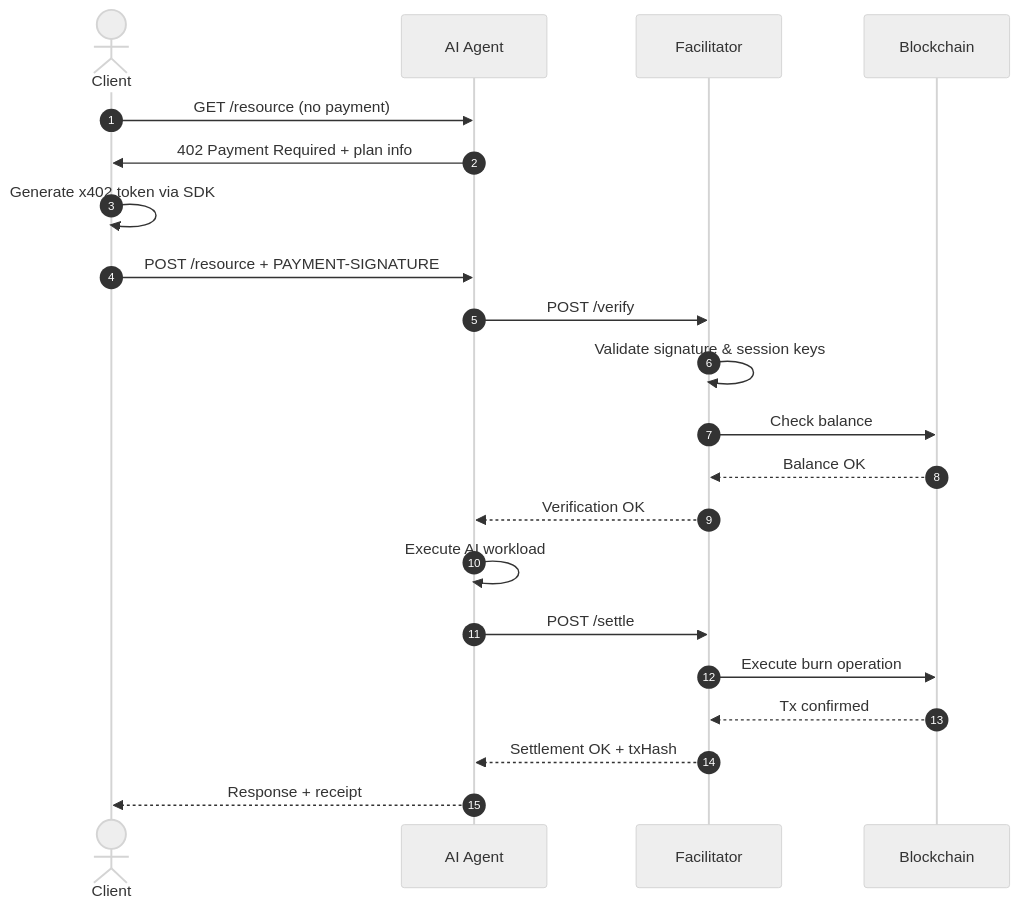
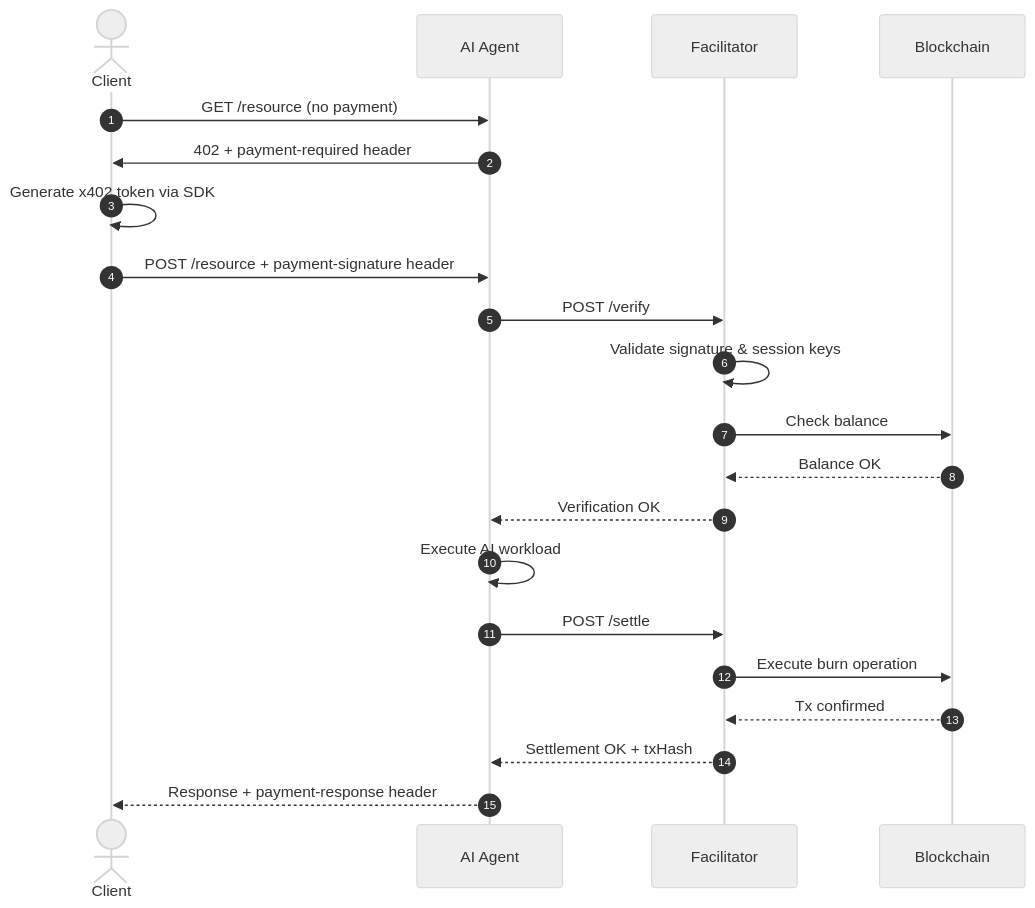
One commit to nevermined-io/docs changed the diagram in docs/products/x402-facilitator/how-it-works.mdx. Above: the diagram before and after it, drawn with Mermaid (neutral theme). The commit also changed other lines of this file and 1 other file, not shown here.

````diff
--- a/docs/products/x402-facilitator/how-it-works.mdx
+++ b/docs/products/x402-facilitator/how-it-works.mdx
@@ -329,29 +381,29 @@
 ```mermaid
 sequenceDiagram
     autonumber
     actor Client
     participant Agent as AI Agent
     participant Facilitator
     participant Chain as Blockchain
 
     Client->>Agent: GET /resource (no payment)
-    Agent->>Client: 402 Payment Required + plan info
+    Agent->>Client: 402 + payment-required header
 
     Client->>Client: Generate x402 token via SDK
-    Client->>Agent: POST /resource + PAYMENT-SIGNATURE
+    Client->>Agent: POST /resource + payment-signature header
 
     Agent->>Facilitator: POST /verify
     Facilitator->>Facilitator: Validate signature & session keys
     Facilitator->>Chain: Check balance
     Chain-->>Facilitator: Balance OK
     Facilitator-->>Agent: Verification OK
 
     Agent->>Agent: Execute AI workload
 
     Agent->>Facilitator: POST /settle
     Facilitator->>Chain: Execute burn operation
     Chain-->>Facilitator: Tx confirmed
     Facilitator-->>Agent: Settlement OK + txHash
 
-    Agent-->>Client: Response + receipt
+    Agent-->>Client: Response + payment-response header
 ```
````
